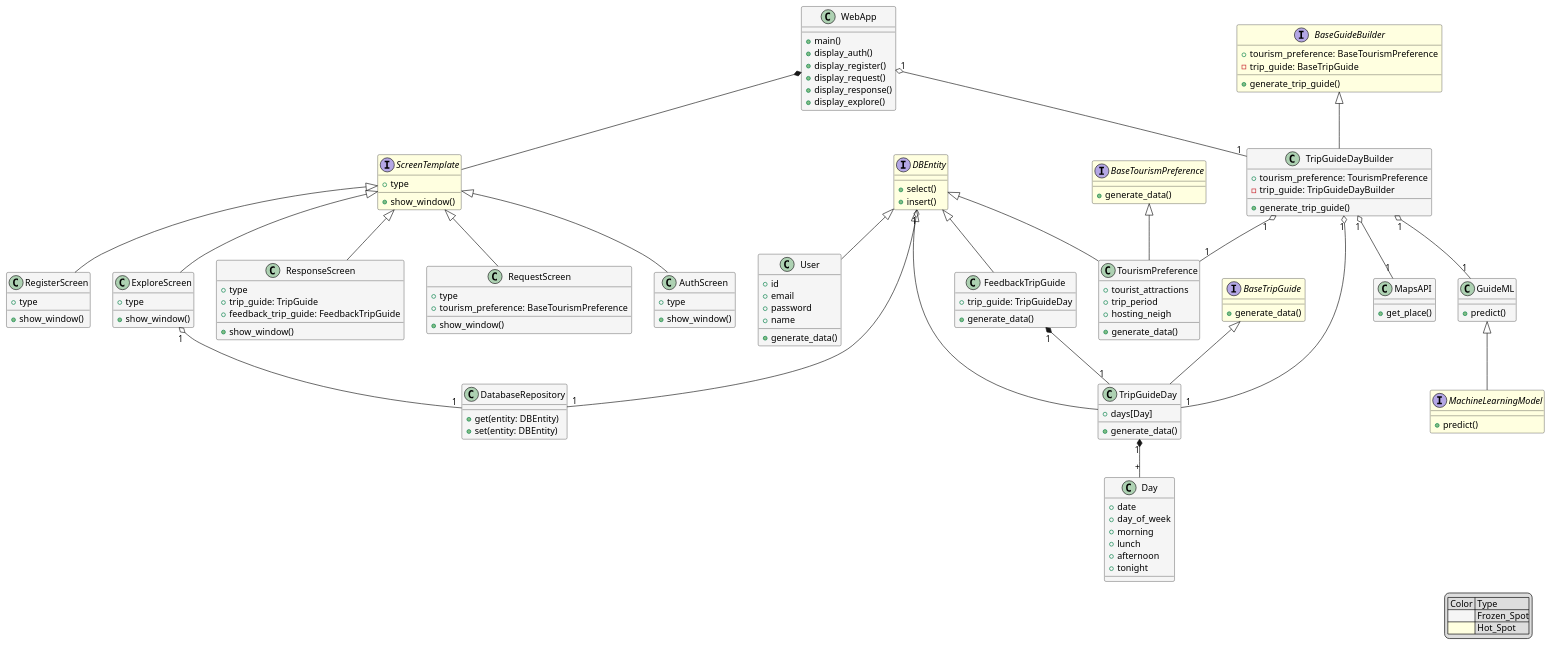
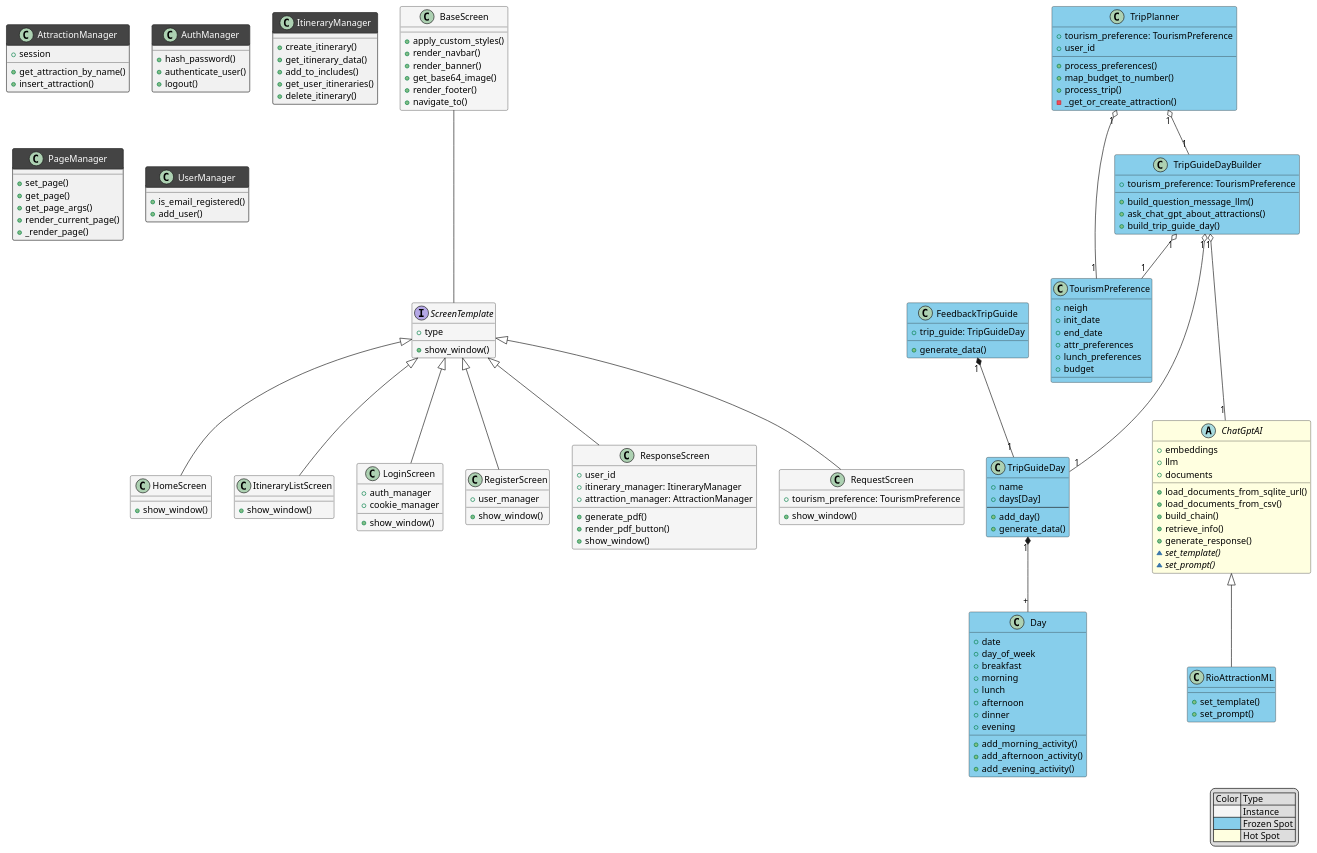
The diagram in diagramacao.plantuml (isobrrj/where-to-rio), drawn with PlantUML before and after one commit. The commit also changed 1 other file, not shown here.

Commit message:
Ajuste nos diagramas

```diff
--- a/diagramacao.plantuml
+++ b/diagramacao.plantuml
@@ -1,170 +1,195 @@
 @startuml
 
 skinparam classFontColor automatic
 skinparam classHeaderBackgroundColor #444
 allow_mixing
 
-class WebApp #WhiteSmoke {
-    + main()
-    + display_auth()
-    + display_register()
-    + display_request()
-    + display_response()
-    + display_explore()
-}
-
-Interface ScreenTemplate #LightYellow {
+Interface ScreenTemplate #WhiteSmoke {
     + type
     + show_window()
 }
 
-class AuthScreen #WhiteSmoke {
-    + type
+class BaseScreen #WhiteSmoke {
+    + apply_custom_styles()
+    + render_navbar()
+    + render_banner()
+    + get_base64_image()
+    + render_footer()
+    + navigate_to()
+}
+
+class HomeScreen #WhiteSmoke {
+    + show_window()
+}
+
+class ItineraryListScreen #WhiteSmoke {
+    + show_window()
+}
+
+class LoginScreen #WhiteSmoke {
+    + auth_manager
+    + cookie_manager
+
     + show_window()
 }
 
 class RegisterScreen #WhiteSmoke{
-    + type
-    + show_window()
-}
+    + user_manager
 
-class ExploreScreen #WhiteSmoke {
-    + type
     + show_window()
 }
 
 class ResponseScreen #WhiteSmoke {
-    + type
-    + trip_guide: TripGuide
-    + feedback_trip_guide: FeedbackTripGuide
+    + user_id
+    + itinerary_manager: ItineraryManager
+    + attraction_manager: AttractionManager
+
+    + generate_pdf()
+    + render_pdf_button()
     + show_window()
 }
 
 class RequestScreen #WhiteSmoke {
-    + type
-    + tourism_preference: BaseTourismPreference
+    + tourism_preference: TourismPreference
     + show_window()
 }
 
-interface BaseTourismPreference #LightYellow {
-    + generate_data()
+
+class TourismPreference #SkyBlue {
+    + neigh
+    + init_date
+    + end_date
+    + attr_preferences
+    + lunch_preferences
+    + budget
+
 }
 
-
-class TourismPreference #WhiteSmoke {
-    + tourist_attractions
-    + trip_period
-    + hosting_neigh
-    + generate_data()
-}
-
-class User #WhiteSmoke {
-    + id
-    + email 
-    + password
-    + name
-    + generate_data()
-}
-
-class FeedbackTripGuide #WhiteSmoke {
+class FeedbackTripGuide #SkyBlue {
     + trip_guide: TripGuideDay
     + generate_data()
 }
 
-interface BaseTripGuide #LightYellow {
+class TripGuideDay #SkyBlue {
+    + name
+    + days[Day]
+    --
+    + add_day()
     + generate_data()
 }
 
-class TripGuideDay #WhiteSmoke {
-    + days[Day]
-    + generate_data()
-}
-
-class Day #WhiteSmoke {
+class Day #SkyBlue {
     + date
     + day_of_week
+    + breakfast
     + morning
     + lunch
     + afternoon
-    + tonight
+    + dinner
+    + evening
+
+    + add_morning_activity()
+    + add_afternoon_activity()
+    + add_evening_activity()
 }
 
-interface BaseGuideBuilder #LightYellow {
-    + tourism_preference: BaseTourismPreference
-    - trip_guide: BaseTripGuide
+class TripGuideDayBuilder #SkyBlue {
+    + tourism_preference: TourismPreference
 
-    + generate_trip_guide()
+    + build_question_message_llm()
+    + ask_chat_gpt_about_attractions()
+    + build_trip_guide_day()
 }
 
-class TripGuideDayBuilder #WhiteSmoke {
-    + tourism_preference: TourismPreference
-    - trip_guide: TripGuideDayBuilder
+abstract ChatGptAI #LightYellow {
+    + embeddings
+    + llm
+    + documents
 
-    + generate_trip_guide()
+    + load_documents_from_sqlite_url()
+    + load_documents_from_csv()
+    + build_chain()
+    + retrieve_info()
+    + generate_response()
+    ~{abstract} set_template()
+    ~{abstract} set_prompt()
 }
 
-interface MachineLearningModel #LightYellow {
-    + predict()
+class RioAttractionML #SkyBlue{
+    + set_template()
+    + set_prompt()
 }
 
-class GuideML #WhiteSmoke{
-    + predict()
+class TripPlanner #SkyBlue {
+    + tourism_preference: TourismPreference
+    + user_id
+
+    + process_preferences()
+    + map_budget_to_number()
+    + process_trip()
+    - _get_or_create_attraction()
 }
 
-class MapsAPI #WhiteSmoke{
-    + get_place()
+class AttractionManager {
+    + session
+
+    + get_attraction_by_name()
+    + insert_attraction()
 }
 
-interface DBEntity #LightYellow {
-    + select()
-    + insert()
+class AuthManager {
+    + hash_password()
+    + authenticate_user()
+    + logout()
 }
 
-class DatabaseRepository #WhiteSmoke {
-    + get(entity: DBEntity)
-    + set(entity: DBEntity)
-
+class ItineraryManager {
+    + create_itinerary()
+    + get_itinerary_data()
+    + add_to_includes()
+    + get_user_itineraries()
+    + delete_itinerary()
 }
 
-ScreenTemplate  <|-- AuthScreen
+class PageManager {
+    + set_page()
+    + get_page()
+    + get_page_args()
+    + render_current_page()
+    + _render_page()
+}
+
+class UserManager {
+    + is_email_registered()
+    + add_user()
+}
+
+BaseScreen --- ScreenTemplate
+ScreenTemplate  <|-- LoginScreen
 ScreenTemplate <|-- ResponseScreen
 ScreenTemplate <|-- RequestScreen
-ScreenTemplate <|-- ExploreScreen
+ScreenTemplate <|-- ItineraryListScreen
+ScreenTemplate <|-- HomeScreen
 ScreenTemplate <|-- RegisterScreen
 
-ExploreScreen "1" o-- "1" DatabaseRepository
+ChatGptAI <|-- RioAttractionML
 
-BaseGuideBuilder <|-- TripGuideDayBuilder
-
-WebApp *-- ScreenTemplate
-WebApp "1" o-- "1" TripGuideDayBuilder
-
-DBEntity <|-- User
-DBEntity <|-- TourismPreference
-DBEntity <|-- TripGuideDay
-DBEntity <|-- FeedbackTripGuide
-
-DBEntity "1" o-- "1" DatabaseRepository
-
-GuideML <|-- MachineLearningModel
-
-BaseTourismPreference <|-- TourismPreference
-
-BaseTripGuide <|-- TripGuideDay
 TripGuideDay "1" *-- "+" Day
 
 FeedbackTripGuide "1" *-- "1" TripGuideDay
 
-
-TripGuideDayBuilder "1" o-- "1" GuideML
-TripGuideDayBuilder "1" o-- "1" MapsAPI
 TripGuideDayBuilder "1" o-- "1" TourismPreference 
 TripGuideDayBuilder "1" o--- "1" TripGuideDay  
+TripGuideDayBuilder "1" o--- "1" ChatGptAI
+
+TripPlanner "1" o-- "1" TripGuideDayBuilder
+TripPlanner "1" o-- "1" TourismPreference
 
 legend right 
     | Color | Type |
-    |<#WhiteSmoke>| Frozen_Spot|
-    |<#LightYellow>| Hot_Spot|
+    |<#WhiteSmoke>| Instance |
+    |<#SkyBlue>| Frozen Spot |
+    |<#LightYellow>| Hot Spot|
 endlegend
 
 @enduml
```
